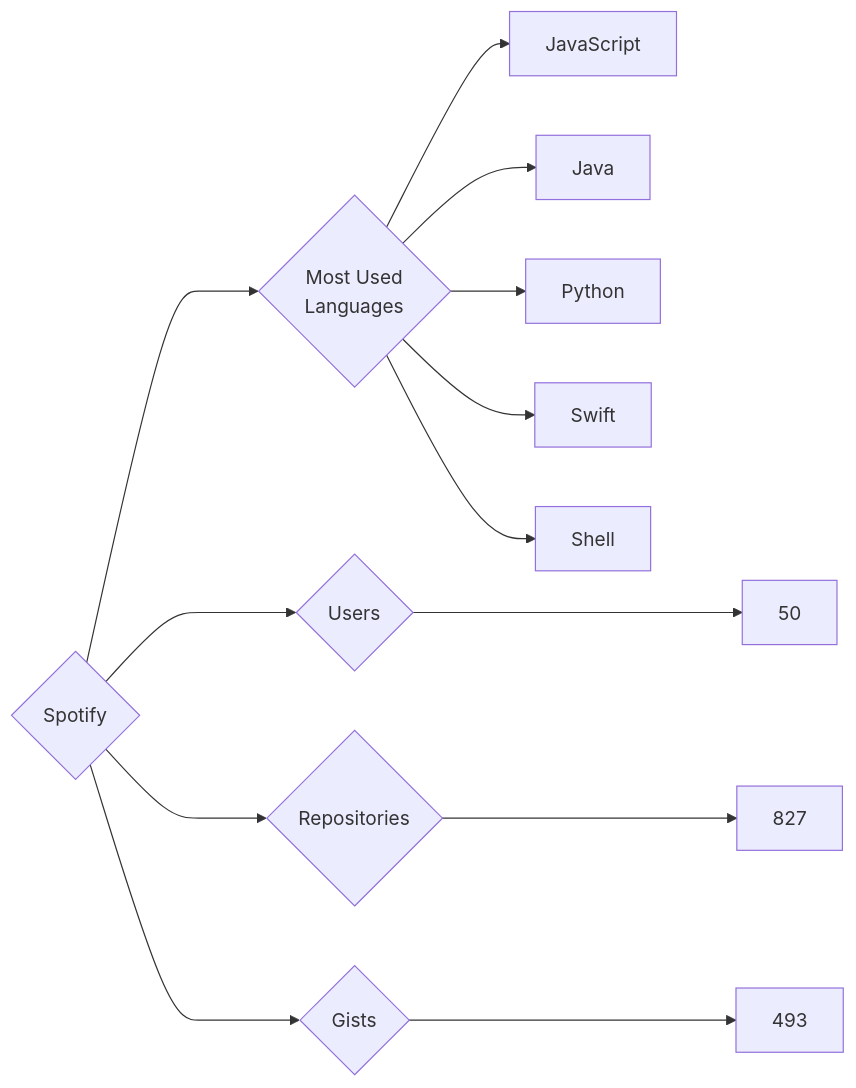
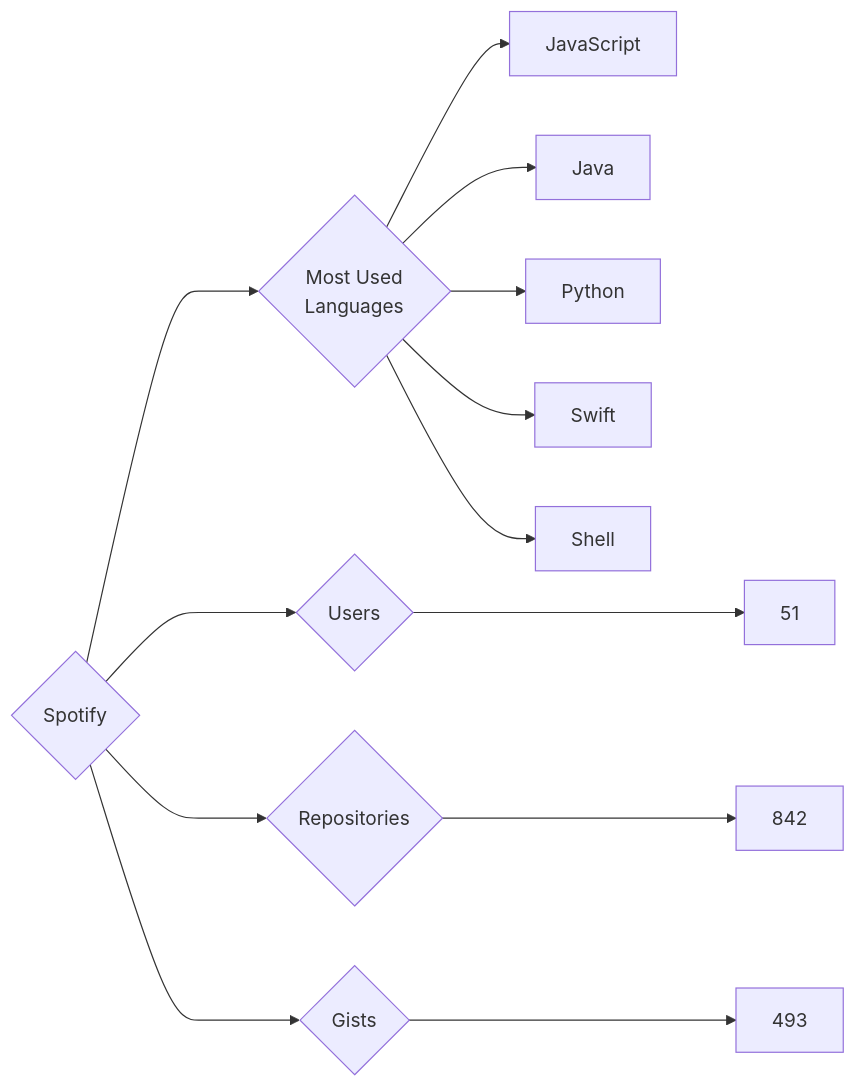
One commit to trickest/insiders changed the diagram in targets/Spotify/README.md. Above: the diagram before and after it, drawn with Mermaid. The commit also changed 1389 other files, not shown here.

````diff
--- a/targets/Spotify/README.md
+++ b/targets/Spotify/README.md
@@ -3,13 +3,13 @@
 ```mermaid
 graph LR
 COMPANY_NAME{Spotify}
-COMPANY_NAME ---> U{Users} ---> UN[50]
-COMPANY_NAME ---> R{Repositories} ---> RN[827]
+COMPANY_NAME ---> U{Users} ---> UN[51]
+COMPANY_NAME ---> R{Repositories} ---> RN[842]
 COMPANY_NAME ---> G{Gists} ---> GN[493]
 COMPANY_NAME ---> ML{Most Used<br>Languages}
 ML --> JavaScript[JavaScript]
 ML --> Java[Java]
 ML --> Python[Python]
 ML --> Swift[Swift]
 ML --> Shell[Shell]
 ```
````
